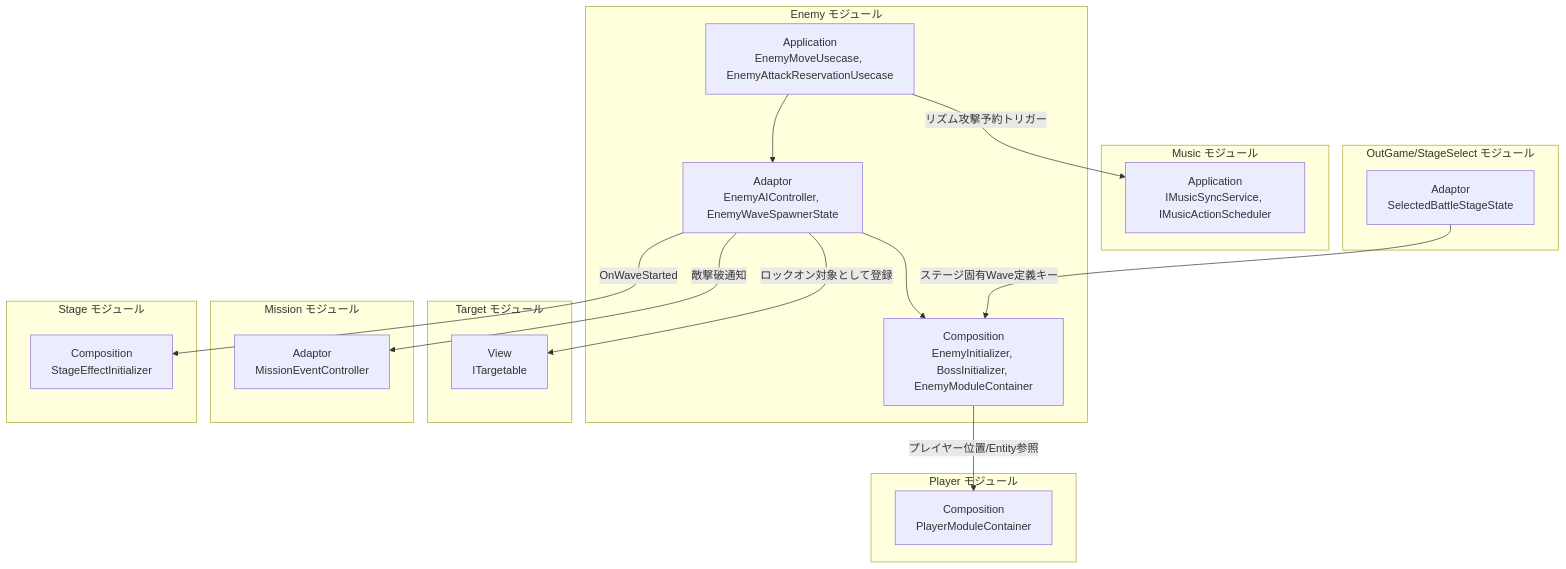
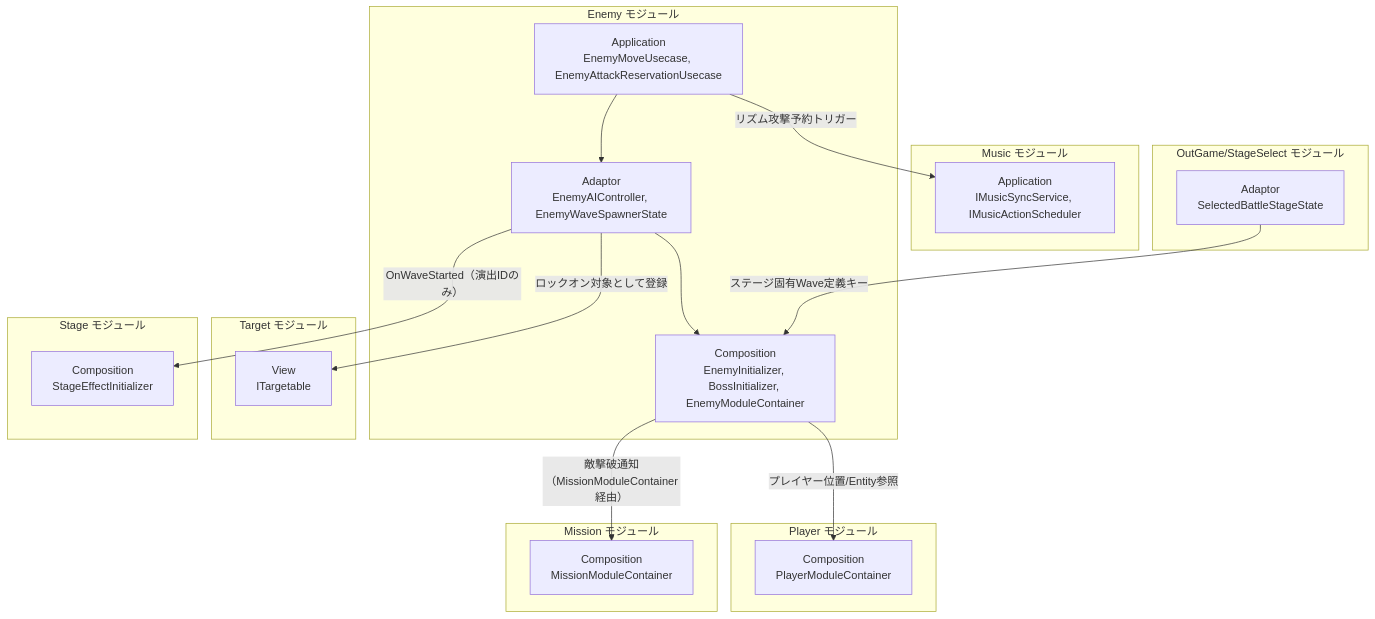
The first of 4 diagrams in Assets/Docs/ScriptsDocs/Modules/NotionModuleDocs/Enemy.md (HIBIKI5201/SymphonyKillChord), drawn with Mermaid before and after one commit. The commit also changed other lines of this file and 30 other files, not shown here.

````diff
--- a/Assets/Docs/ScriptsDocs/Modules/NotionModuleDocs/Enemy.md
+++ b/Assets/Docs/ScriptsDocs/Modules/NotionModuleDocs/Enemy.md
@@ -52,43 +52,43 @@
 ```mermaid
 graph TD
     %% 定義 (接続のないレイヤーは省略)
     subgraph EnemyModule [Enemy モジュール]
         E_App["Application<br>EnemyMoveUsecase, EnemyAttackReservationUsecase"]
         E_Adaptor["Adaptor<br>EnemyAIController, EnemyWaveSpawnerState"]
         E_Composition["Composition<br>EnemyInitializer, BossInitializer, EnemyModuleContainer"]
         E_App --> E_Adaptor
         E_Adaptor --> E_Composition
     end
 
     subgraph PlayerModule [Player モジュール]
         P_Composition["Composition<br>PlayerModuleContainer"]
     end
 
     subgraph MusicModule [Music モジュール]
         M_App["Application<br>IMusicSyncService, IMusicActionScheduler"]
     end
 
     subgraph TargetModule [Target モジュール]
         T_View["View<br>ITargetable"]
     end
 
     subgraph StageSelectModule [OutGame/StageSelect モジュール]
         SS_Adaptor["Adaptor<br>SelectedBattleStageState"]
     end
 
     subgraph MissionModule [Mission モジュール]
-        MS_Adaptor["Adaptor<br>MissionEventController"]
+        MS_Composition["Composition<br>MissionModuleContainer"]
     end
 
     subgraph StageModule [Stage モジュール]
         ST_Composition["Composition<br>StageEffectInitializer"]
     end
 
     %% 依存関係
     E_Composition -->|"プレイヤー位置/Entity参照"| P_Composition
     E_App -->|"リズム攻撃予約トリガー"| M_App
     E_Adaptor -->|"ロックオン対象として登録"| T_View
     SS_Adaptor -->|"ステージ固有Wave定義キー"| E_Composition
-    E_Adaptor -->|"敵撃破通知"| MS_Adaptor
-    E_Adaptor -->|"OnWaveStarted"| ST_Composition
+    E_Composition -->|"敵撃破通知（MissionModuleContainer経由）"| MS_Composition
+    E_Adaptor -->|"OnWaveStarted（演出IDのみ）"| ST_Composition
 ```
````
